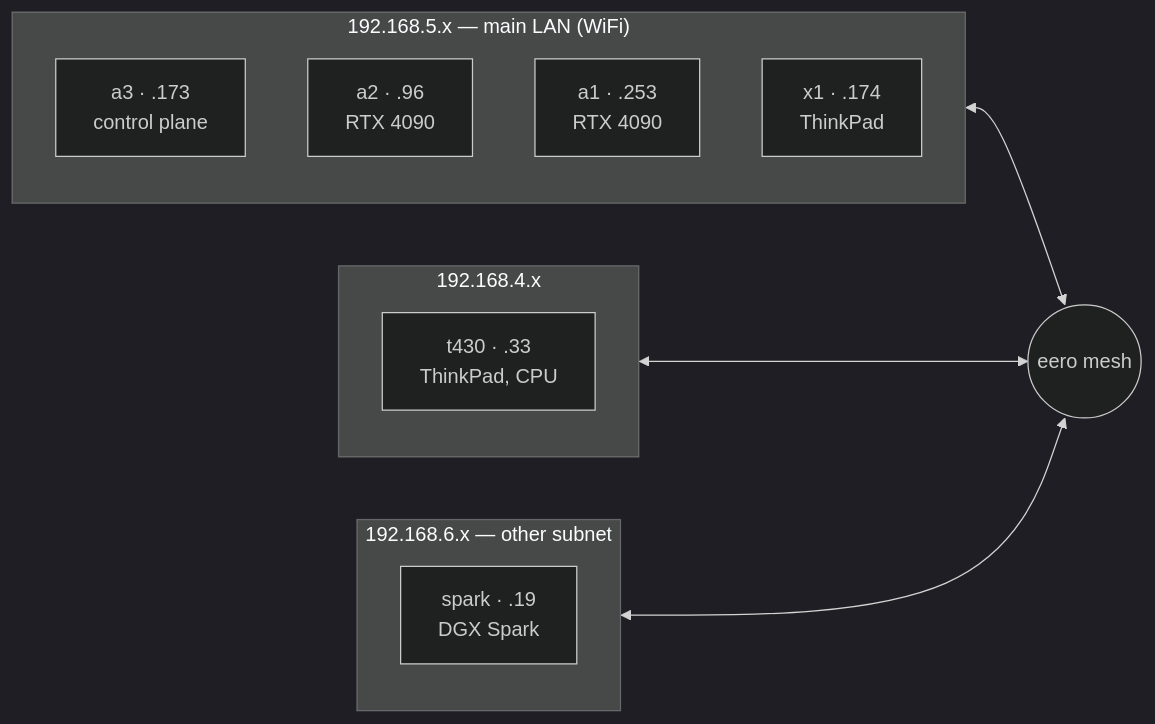
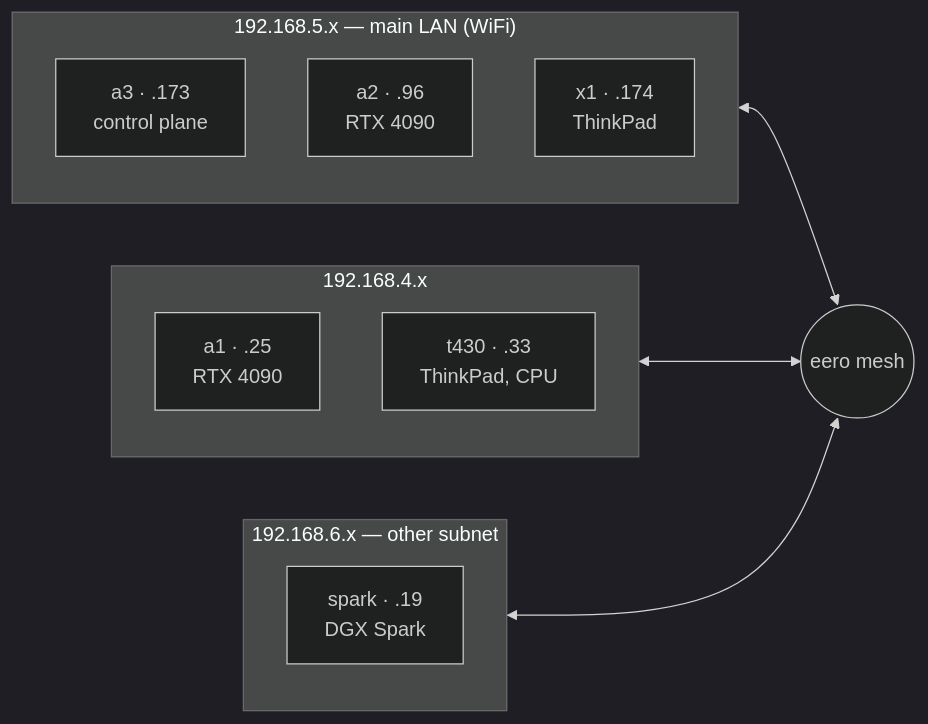
The diagram in docs-site/docs/hardware/nodes.md (briancaffey/home-lab), drawn with Mermaid (dark theme) before and after one commit. The commit also changed other lines of this file and 9 other files, not shown here.

````diff
--- a/docs-site/docs/hardware/nodes.md
+++ b/docs-site/docs/hardware/nodes.md
@@ -22,18 +22,18 @@
 ```mermaid
 flowchart LR
   subgraph lan["192.168.5.x — main LAN (WiFi)"]
     a3["a3 · .173<br/>control plane"]
     a2["a2 · .96<br/>RTX 4090"]
-    a1["a1 · .253<br/>RTX 4090"]
     x1["x1 · .174<br/>ThinkPad"]
   end
   subgraph lan4["192.168.4.x"]
+    a1["a1 · .25<br/>RTX 4090"]
     t430["t430 · .33<br/>ThinkPad, CPU"]
   end
   subgraph lan6["192.168.6.x — other subnet"]
     spark["spark · .19<br/>DGX Spark"]
   end
   lan <--> router(("eero mesh"))
   lan4 <--> router
   lan6 <--> router
 ```
````
